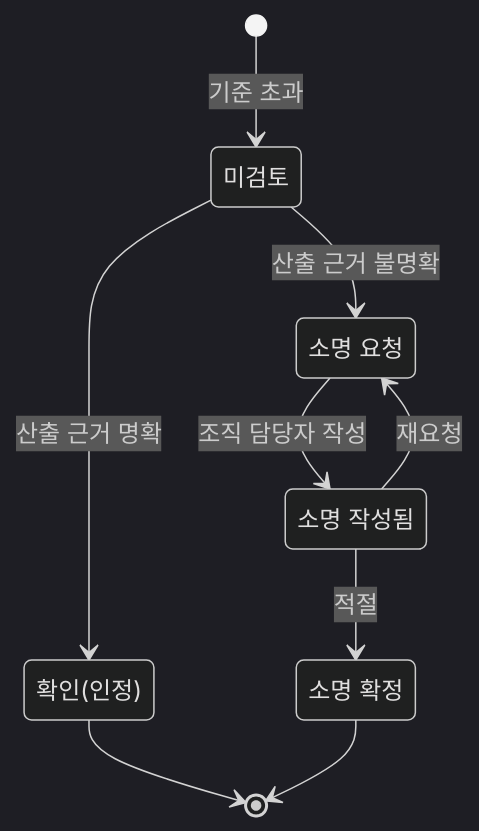
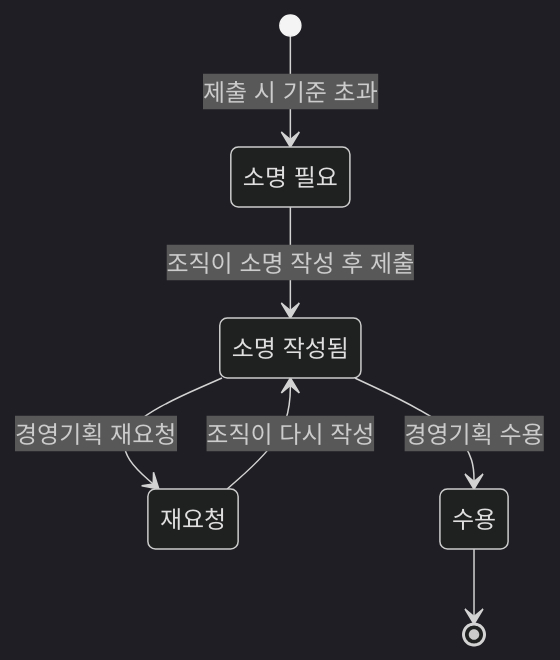
The eighth of 8 diagrams in docs/flow.md (shinharyeong/skala_final_project), drawn with Mermaid (dark theme) before and after one commit. The commit also changed other lines of this file and 1 other file, not shown here.

````diff
--- a/docs/flow.md
+++ b/docs/flow.md
@@ -201,17 +221,14 @@
 ```mermaid
 stateDiagram-v2
-    state "미검토" as open
-    state "확인(인정)" as accepted
-    state "소명 요청" as requested
+    state "소명 필요" as required
     state "소명 작성됨" as answered
-    state "소명 확정" as resolved
+    state "재요청" as rerequested
+    state "수용" as accepted
 
-    [*] --> open: 기준 초과
-    open --> accepted: 산출 근거 명확
-    open --> requested: 산출 근거 불명확
-    requested --> answered: 조직 담당자 작성
-    answered --> resolved: 적절
-    answered --> requested: 재요청
+    [*] --> required: 제출 시 기준 초과
+    required --> answered: 조직이 소명 작성 후 제출
+    answered --> accepted: 경영기획 수용
+    answered --> rerequested: 경영기획 재요청
+    rerequested --> answered: 조직이 다시 작성
     accepted --> [*]
-    resolved --> [*]
 ```
````
